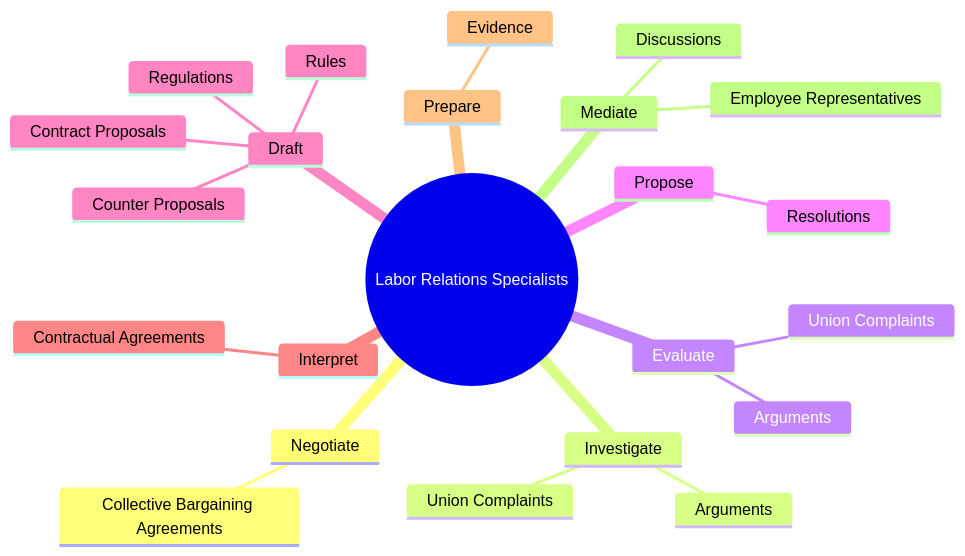
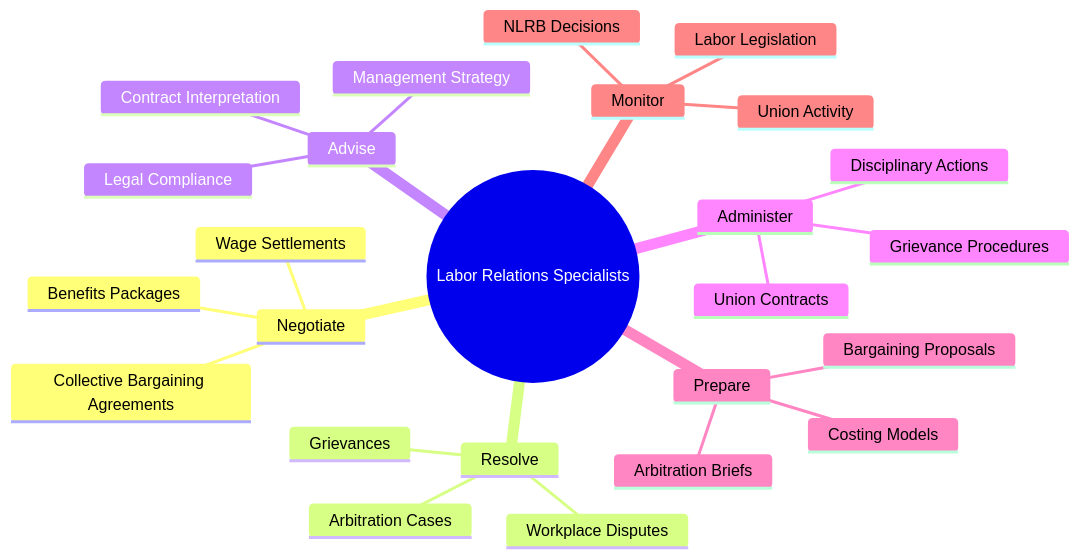
One commit to kziemski/business.org.ai changed the second of 4 diagrams in occupations/Business/LaborRelationsSpecialists.mdx. Above: the diagram before and after it, drawn with Mermaid. The commit also changed other lines of this file and 938 other files, not shown here.

````diff
--- a/occupations/Business/LaborRelationsSpecialists.mdx
+++ b/occupations/Business/LaborRelationsSpecialists.mdx
@@ -37,26 +48,28 @@
 ```mermaid
 mindmap
     root(("Labor Relations Specialists"))
         Negotiate
             Collective Bargaining Agreements
-        Investigate
-            Union Complaints
-            Arguments
-        Evaluate
-            Union Complaints
-            Arguments
-        Propose
-            Resolutions
-        Draft
-            Contract Proposals
-            Counter Proposals
-            Rules
-            Regulations
-        Interpret
-            Contractual Agreements
+            Wage Settlements
+            Benefits Packages
+        Resolve
+            Grievances
+            Workplace Disputes
+            Arbitration Cases
+        Advise
+            Management Strategy
+            Contract Interpretation
+            Legal Compliance
+        Administer
+            Union Contracts
+            Grievance Procedures
+            Disciplinary Actions
         Prepare
-            Evidence
-        Mediate
-            Discussions
-            Employee Representatives
+            Bargaining Proposals
+            Arbitration Briefs
+            Costing Models
+        Monitor
+            Labor Legislation
+            NLRB Decisions
+            Union Activity
 ```
````
